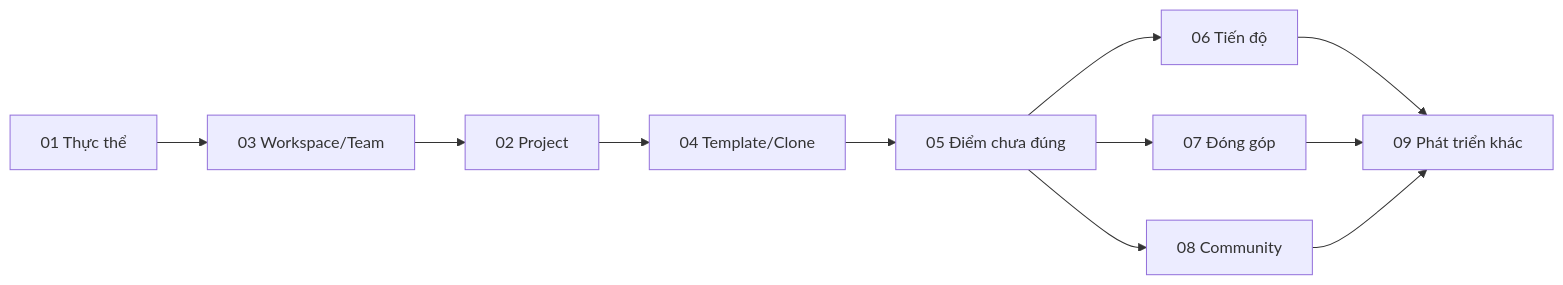
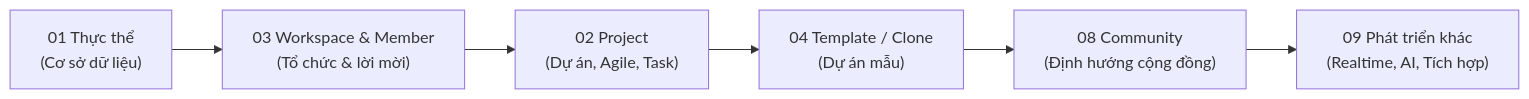
One commit to Hecker-Chuoi/DATN-2026 changed the first of 4 diagrams in formal_doc/00_MUC_LUC.md. Above: the diagram before and after it, drawn with Mermaid. The commit also changed other lines of this file and 60 other files, not shown here.

````diff
--- a/formal_doc/00_MUC_LUC.md
+++ b/formal_doc/00_MUC_LUC.md
@@ -26,13 +25,8 @@
 ```mermaid
 flowchart LR
-    A["01 Thực thể"] --> B["03 Workspace/Team"]
-    B --> C["02 Project"]
-    C --> D["04 Template/Clone"]
-    D --> E["05 Điểm chưa đúng"]
-    E --> F["06 Tiến độ"]
-    E --> G["07 Đóng góp"]
-    E --> H["08 Community"]
-    F --> I["09 Phát triển khác"]
-    G --> I
-    H --> I
+    A["01 Thực thể<br/>(Cơ sở dữ liệu)"] --> B["03 Workspace & Member<br/>(Tổ chức & lời mời)"]
+    B --> C["02 Project<br/>(Dự án, Agile, Task)"]
+    C --> D["04 Template / Clone<br/>(Dự án mẫu)"]
+    D --> E["08 Community<br/>(Định hướng cộng đồng)"]
+    E --> F["09 Phát triển khác<br/>(Realtime, AI, Tích hợp)"]
 ```
````
